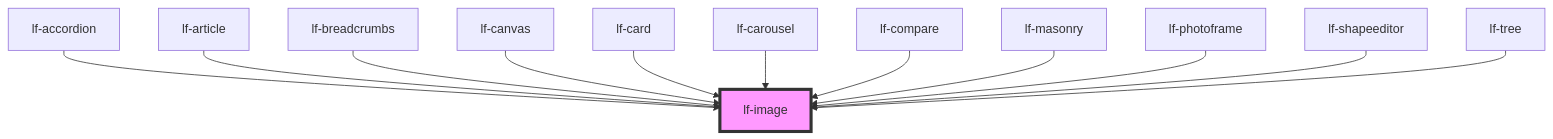
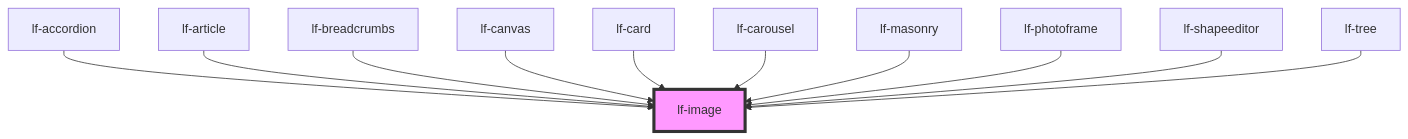
The diagram in packages/core/src/components/lf-image/readme.md (lucafoscili/lf-widgets), drawn with Mermaid before and after one commit. The commit also changed other lines of this file and 191 other files, not shown here.

First line of the commit message:
chore: Refactor to functional component architecture for UI

````diff
--- a/packages/core/src/components/lf-image/readme.md
+++ b/packages/core/src/components/lf-image/readme.md
@@ -126,15 +125,14 @@
 ```mermaid
 graph TD;
   lf-accordion --> lf-image
   lf-article --> lf-image
   lf-breadcrumbs --> lf-image
   lf-canvas --> lf-image
   lf-card --> lf-image
   lf-carousel --> lf-image
-  lf-compare --> lf-image
   lf-masonry --> lf-image
   lf-photoframe --> lf-image
   lf-shapeeditor --> lf-image
   lf-tree --> lf-image
   style lf-image fill:#f9f,stroke:#333,stroke-width:4px
 ```
````
